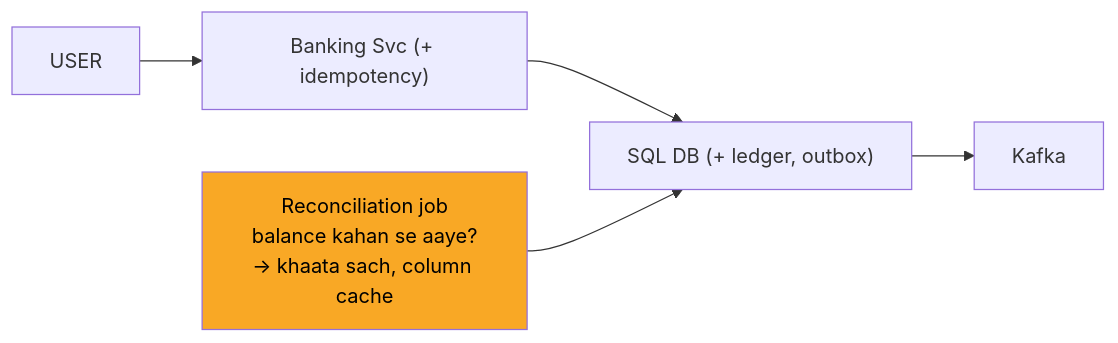
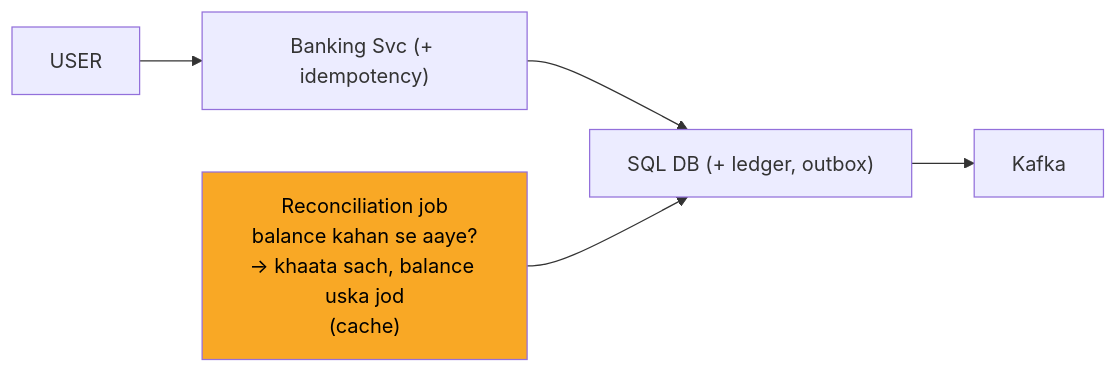
Before and after one commit to ArpanMaheshwari144/Prep: the seventh of 13 diagrams in 04_HLD/SYSTEM_DESIGNS/13_banking_system/13_banking_system.md, drawn with Mermaid. The commit also changed other lines of this file and 13 other files, not shown here.

````diff
--- a/04_HLD/SYSTEM_DESIGNS/13_banking_system/13_banking_system.md
+++ b/04_HLD/SYSTEM_DESIGNS/13_banking_system/13_banking_system.md
@@ -219,13 +219,13 @@
 ```mermaid
 flowchart LR
     n_USER["USER"]
     n_SVC["Banking Svc (+ idempotency)"]
     n_DB["SQL DB (+ ledger, outbox)"]
     n_K["Kafka"]
-    n_REC["Reconciliation job<br/>balance kahan se aaye?<br/>-> khaata sach, column cache"]
+    n_REC["Reconciliation job<br/>balance kahan se aaye?<br/>-> khaata sach, balance uska jod<br/>(cache)"]
     n_USER --> n_SVC
     n_SVC --> n_DB
     n_DB --> n_K
     n_REC --> n_DB
     style n_REC fill:#f9a825,color:#000
 ```
````
